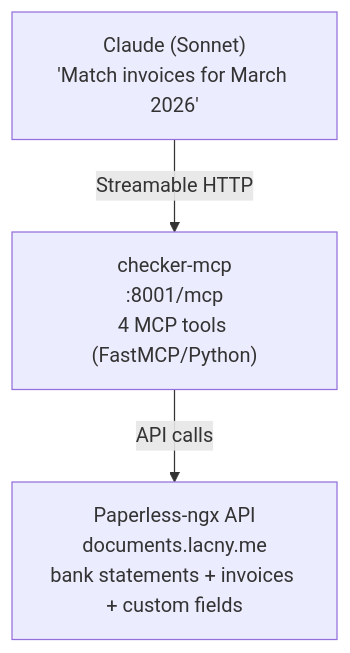
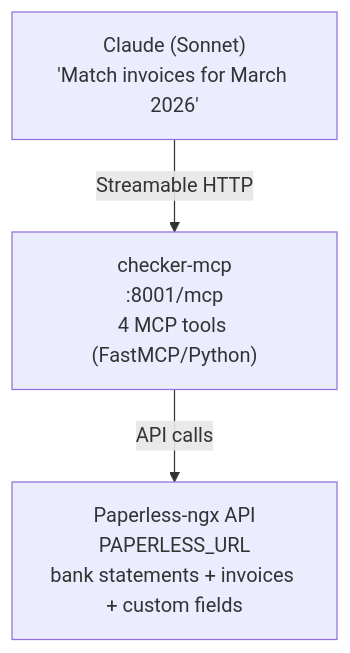
One commit to mcsdodo/personal-assistant changed the diagram in docs/uc2-invoice-matching.md. Above: the diagram before and after it, drawn with Mermaid. The commit also changed 3 other files, not shown here.

Commit message:
scrub: remove hardcoded PAPERLESS_URL from TypeScript files and docs

````diff
--- a/docs/uc2-invoice-matching.md
+++ b/docs/uc2-invoice-matching.md
@@ -7,8 +7,8 @@
 ```mermaid
 flowchart TB
     claude["Claude (Sonnet)<br/>'Match invoices for March 2026'"]
 
     claude -->|Streamable HTTP| checker["checker-mcp<br/>:8001/mcp<br/>4 MCP tools (FastMCP/Python)"]
 
-    checker -->|API calls| paperless["Paperless-ngx API<br/>documents.lacny.me<br/>bank statements + invoices + custom fields"]
+    checker -->|API calls| paperless["Paperless-ngx API<br/>PAPERLESS_URL<br/>bank statements + invoices + custom fields"]
 ```
````
